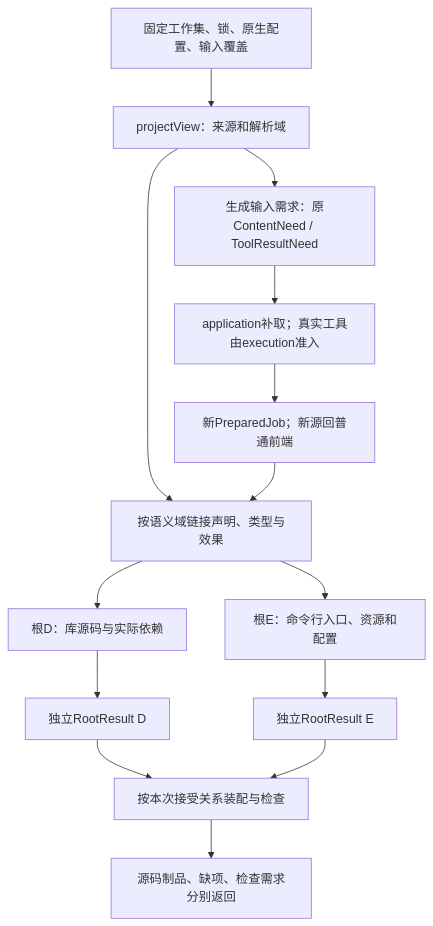
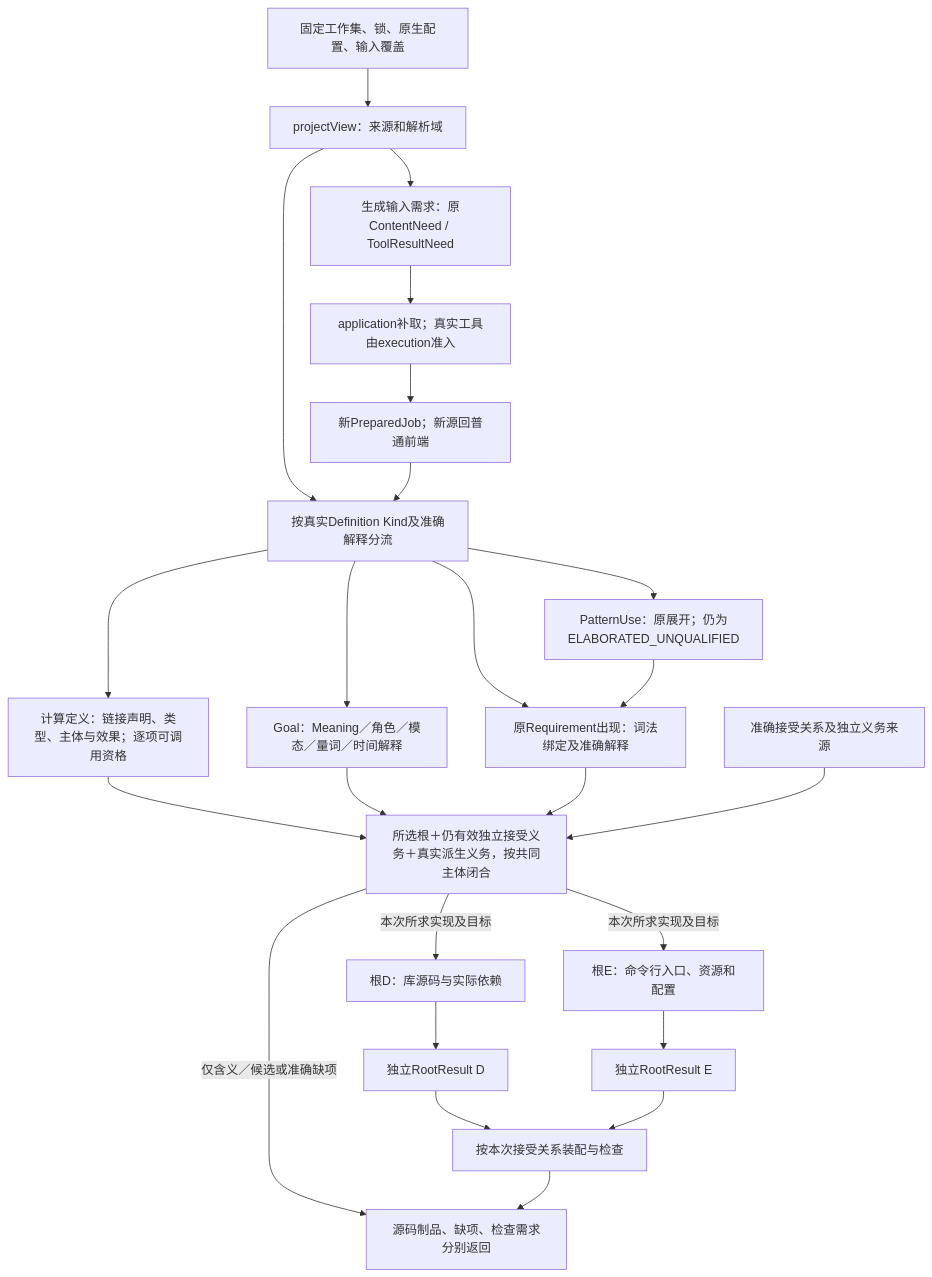
The first of 4 diagrams in docs/编译/内核/领域方法与整体根.md (sec-platform/sec), drawn with Mermaid before and after one commit. The commit also changed other lines of this file and 33 other files, not shown here.

````diff
--- a/docs/编译/内核/领域方法与整体根.md
+++ b/docs/编译/内核/领域方法与整体根.md
@@ -81,16 +81,26 @@
 ```mermaid
 flowchart TB
  W["固定工作集、锁、原生配置、输入覆盖"] --> V["projectView：来源和解析域"]
- V --> H["按语义域链接声明、类型与效果"]
+ V --> K["按真实Definition Kind及准确解释分流"]
+ K --> H["计算定义：链接声明、类型、主体与效果；逐项可调用资格"]
+ K --> Goal["Goal：Meaning／角色／模态／量词／时间解释"]
+ K --> Pattern["PatternUse：原展开；仍为ELABORATED_UNQUALIFIED"]
+ K --> Req["原Requirement出现：词法绑定及准确解释"]
+ Pattern --> Req
  V --> N["生成输入需求：原ContentNeed / ToolResultNeed"]
  N --> A["application补取；真实工具由execution准入"]
  A --> J["新PreparedJob；新源回普通前端"]
- J --> H
- H --> D["根D：库源码与实际依赖"]
- H --> E["根E：命令行入口、资源和配置"]
+ J --> K
+ H --> U["所选根＋仍有效独立接受义务＋真实派生义务，按共同主体闭合"]
+ Goal --> U
+ Req --> U
+ Accepted["准确接受关系及独立义务来源"] --> U
+ U -->|本次所求实现及目标| D["根D：库源码与实际依赖"]
+ U -->|本次所求实现及目标| E["根E：命令行入口、资源和配置"]
+ U -->|仅含义／候选或准确缺项| O
  D --> RD["独立RootResult D"]
  E --> RE["独立RootResult E"]
  RD --> C["按本次接受关系装配与检查"]
  RE --> C
  C --> O["源码制品、缺项、检查需求分别返回"]
 ```
````
